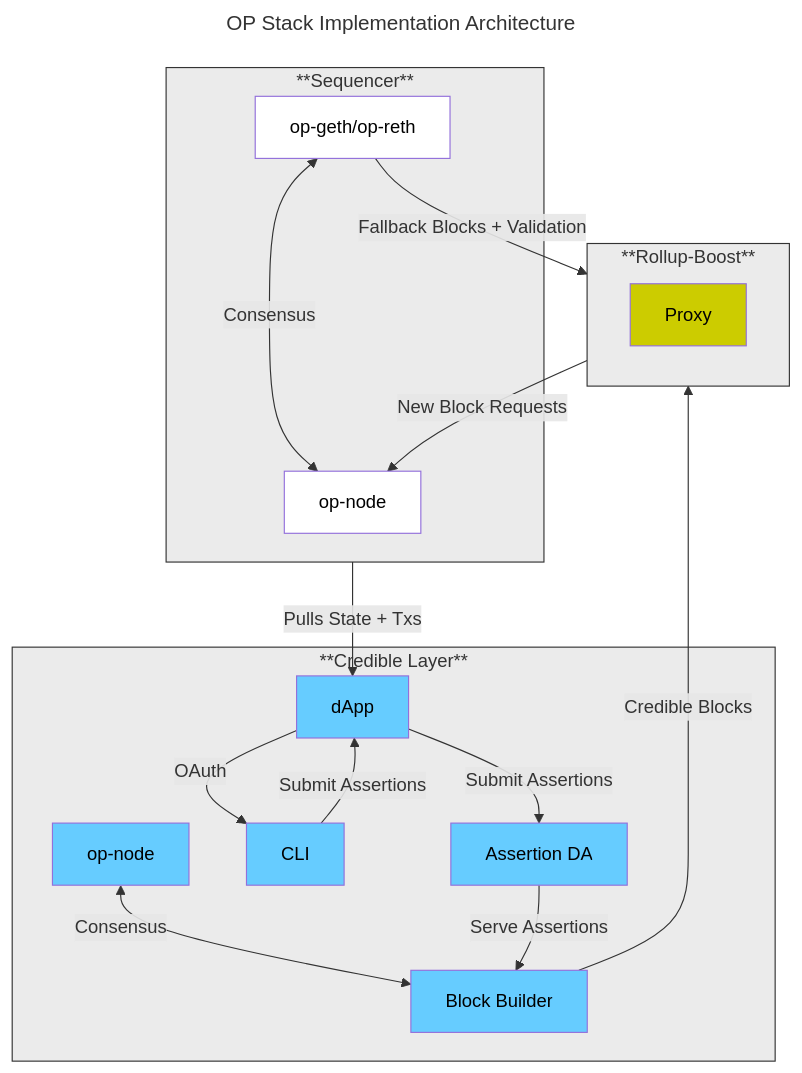
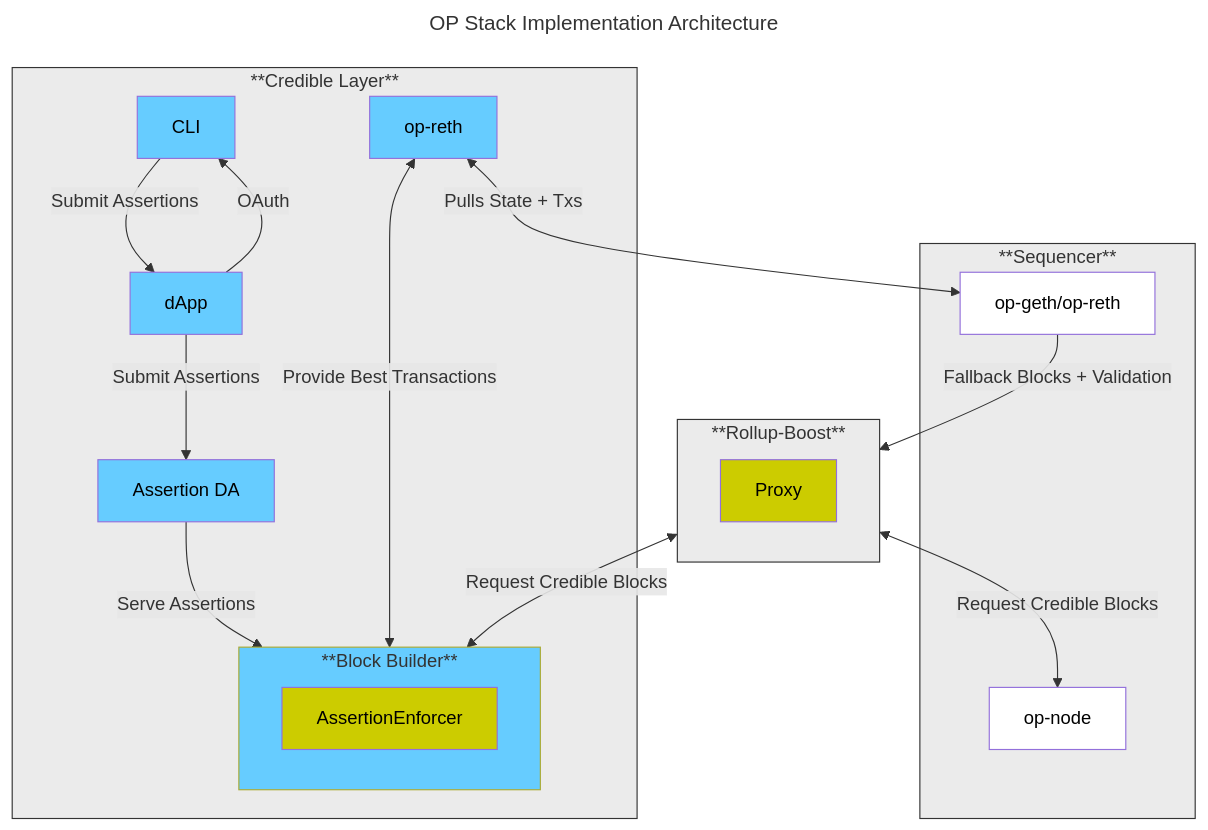
The second of 3 diagrams in credible/architecture.mdx (phylaxsystems/phylax-docs), drawn with Mermaid before and after one commit. The commit also changed other lines of this file, not shown here.

Commit message:
update op diagram to reflect correct arch

````diff
--- a/credible/architecture.mdx
+++ b/credible/architecture.mdx
@@ -109,50 +109,54 @@
 ```mermaid
 ---
 title: OP Stack Implementation Architecture
 ---
 flowchart TD
 
 %% Set default styles
 classDef default fill:#fff,color:black
 classDef deployed fill:#66ccff
 classDef dependency fill:#cccc00
 classDef subgraphStyle fill:#EBEBEB,stroke:#333,color:#333
 
 subgraph Sequencer[**Sequencer**]
     SequencerCL[op-node]
     SequencerEL[op-geth/op-reth]
-    SequencerEL <--> |Consensus| SequencerCL
 end
 
 subgraph CredibleLayer[**Credible Layer**]
     AssertionEnforcerBlockBuilder[Block Builder]
-    AssertionEnforcerCL[op-node]
+    AssertionEnforcerEL[op-reth]
     AssertionEnforcerCLI[CLI]
     AssertionEnforcerDapp[dApp]
     AssertionDA[Assertion DA]
+end
+
+subgraph AssertionEnforcerBlockBuilder[**Block Builder**]
+    AssertionEnforcer
 end
 
 subgraph RollupBoost[**Rollup-Boost**]
     RollupBoostProxy[Proxy]
 end
 
-AssertionEnforcerCL <--> |Consensus| AssertionEnforcerBlockBuilder
+SequencerEL --> |Fallback Blocks + Validation| RollupBoost
+
 AssertionDA --> |Serve Assertions| AssertionEnforcerBlockBuilder
 AssertionEnforcerCLI --> |Submit Assertions| AssertionEnforcerDapp
 AssertionEnforcerDapp --> |OAuth| AssertionEnforcerCLI
 AssertionEnforcerDapp --> |Submit Assertions| AssertionDA
 
-Sequencer --> |Pulls State + Txs| AssertionEnforcerDapp
+AssertionEnforcerEL <--> |Pulls State + Txs| SequencerEL
+AssertionEnforcerEL <--> |Provide Best Transactions| AssertionEnforcerBlockBuilder
+RollupBoost <--> |Request Credible Blocks| AssertionEnforcerBlockBuilder
+RollupBoost <--> |Request Credible Blocks| SequencerCL
 
-AssertionEnforcerBlockBuilder --> |Credible Blocks| RollupBoost
 
-RollupBoost --> |New Block Requests| SequencerCL
-SequencerEL --> |Fallback Blocks + Validation| RollupBoost
 
 %% Style all nodes and text to be dark
 class SequencerCL,SequencerEL default
-class AssertionEnforcerBlockBuilder,AssertionEnforcerCL,AssertionEnforcerCLI,AssertionEnforcerDapp,AssertionDA deployed
-class RollupBoostProxy dependency
+class AssertionEnforcerBlockBuilder,AssertionEnforcerEL,AssertionEnforcerCLI,AssertionEnforcerDapp,AssertionDA deployed
+class RollupBoostProxy,AssertionEnforcer dependency
 
 class Sequencer,CredibleLayer,RollupBoost subgraphStyle
 ```
````
